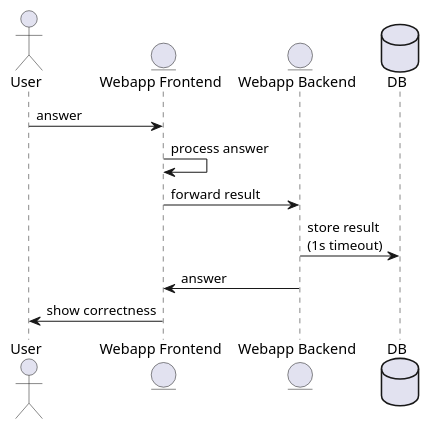
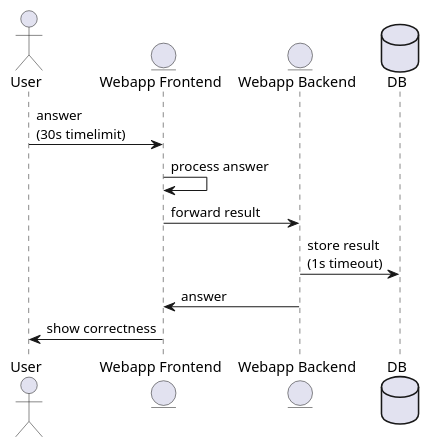
The second of 8 diagrams in docs/src/06_runtime_view.adoc (Arquisoft/wiq_en1b), drawn with PlantUML before and after one commit.

Commit message:
Added timelimit to answer questions

```diff
--- a/docs/src/06_runtime_view.adoc
+++ b/docs/src/06_runtime_view.adoc
@@ -59,13 +59,13 @@
 [plantuml,"Answer questions",png]
 ----
 actor User
 entity Frontend as "Webapp Frontend"
 entity Backend as "Webapp Backend"
 database DB
-User -> Frontend: answer
+User -> Frontend: answer\n(30s timelimit)
 Frontend -> Frontend: process answer
 Frontend -> Backend: forward result
 Backend -> DB: store result\n(1s timeout)
 Backend -> Frontend: answer
 Frontend -> User: show correctness
 ----
```
